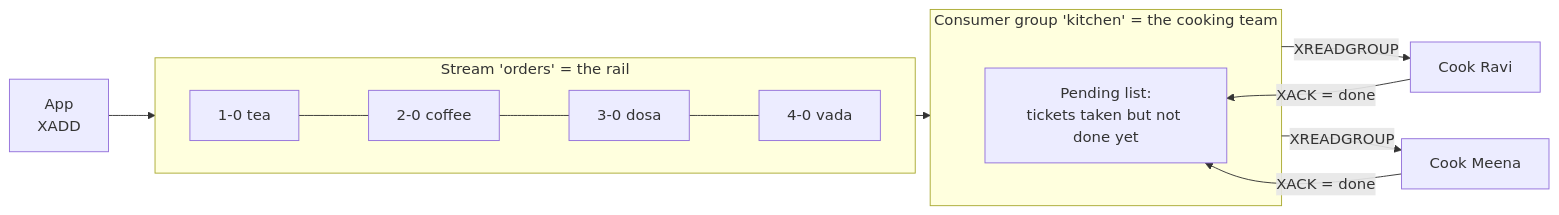
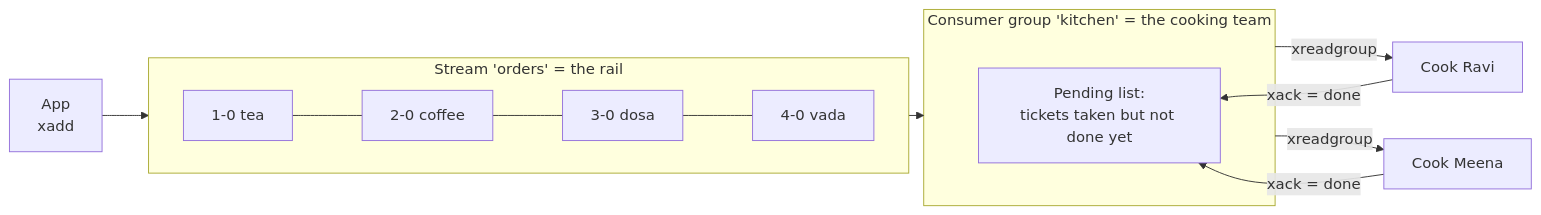
One commit to selvakumarperumal/Regulatory_Circular_Impact_Agent changed diagram 15 of 31 in redis.md. Above: the diagram before and after it, drawn with Mermaid. The commit also changed other lines of this file, not shown here.

````diff
--- a/redis.md
+++ b/redis.md
@@ -1454,15 +1908,15 @@
 ```mermaid
 flowchart LR
-    APP["App<br/>XADD"] --> RAIL
+    APP["App<br/>xadd"] --> RAIL
     subgraph RAIL ["Stream 'orders' = the rail"]
         direction LR
         T1["1-0 tea"] --- T2["2-0 coffee"] --- T3["3-0 dosa"] --- T4["4-0 vada"]
     end
     subgraph TEAM ["Consumer group 'kitchen' = the cooking team"]
         PEL["Pending list:<br/>tickets taken but not done yet"]
     end
     RAIL --> TEAM
-    TEAM -- "XREADGROUP" --> RAVI["Cook Ravi"]
-    TEAM -- "XREADGROUP" --> MEENA["Cook Meena"]
-    RAVI & MEENA -- "XACK = done" --> PEL
+    TEAM -- "xreadgroup" --> RAVI["Cook Ravi"]
+    TEAM -- "xreadgroup" --> MEENA["Cook Meena"]
+    RAVI & MEENA -- "xack = done" --> PEL
 ```
````
